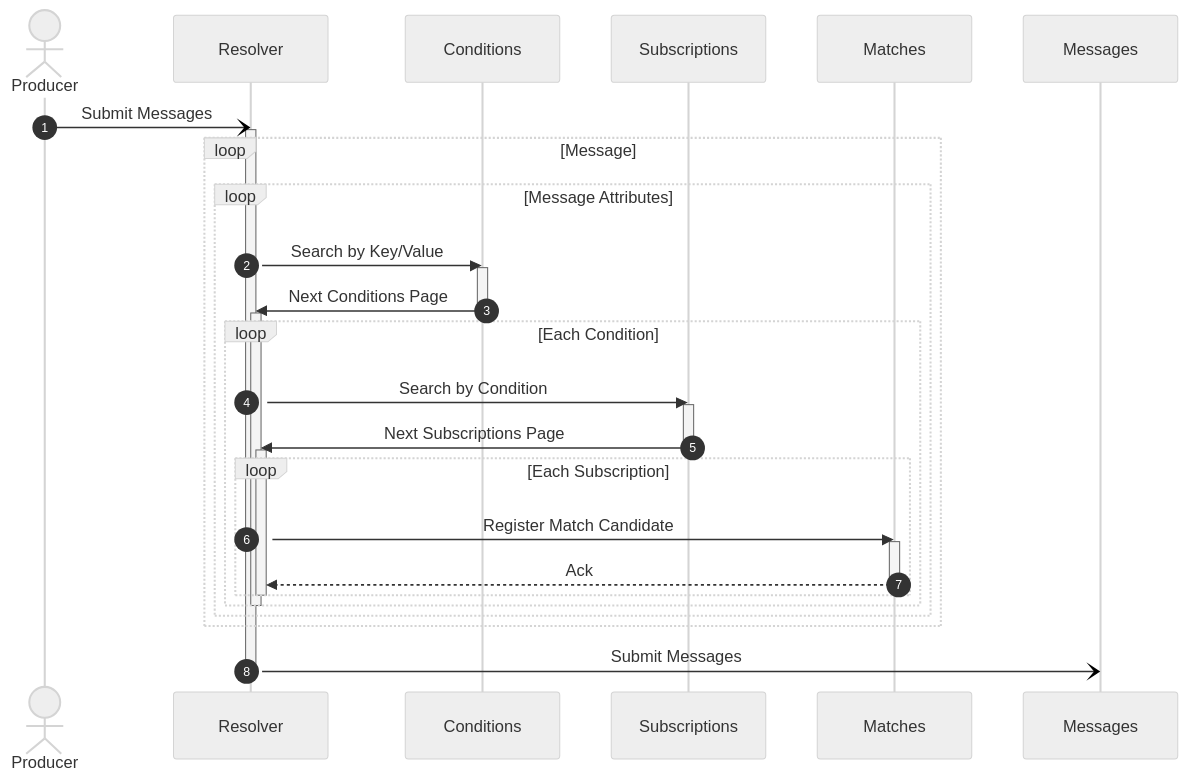
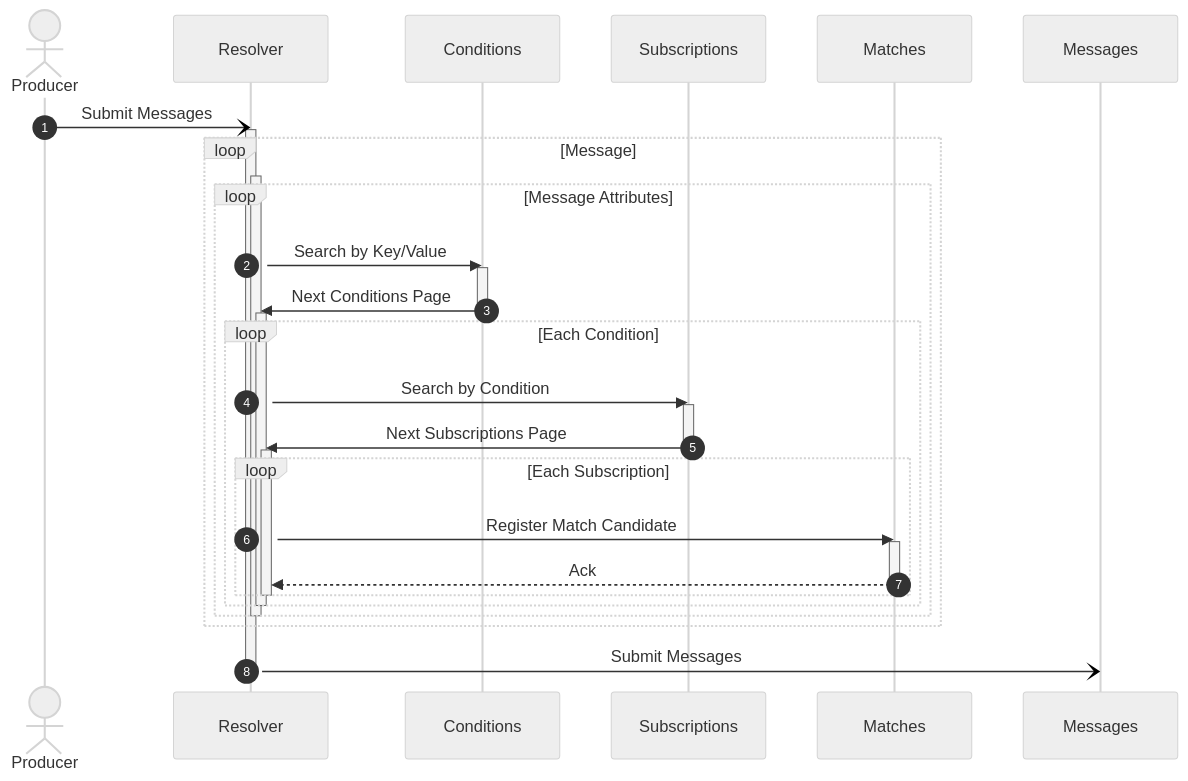
Before and after one commit to awakari/.github: the first of 2 diagrams in profile/README.md, drawn with Mermaid. The commit also changed other lines of this file, not shown here.

````diff
--- a/profile/README.md
+++ b/profile/README.md
@@ -121,49 +121,52 @@
 ```mermaid
 %%{init: {'theme': 'neutral' } }%%
 sequenceDiagram
 
     autonumber
 
     actor Producer
     participant Resolver
     participant Conditions
     participant Subscriptions
     participant Matches
     participant Messages
 
     Producer-)Resolver: Submit Messages
     activate Resolver
     
     loop Message
+    
+        activate Resolver
         loop Message Attributes
         
             Resolver->>Conditions: Search by Key/Value
             activate Conditions
             Conditions->>Resolver: Next Conditions Page
             deactivate Conditions
             
             activate Resolver
             loop Each Condition
                 
                 Resolver->>Subscriptions: Search by Condition
                 activate Subscriptions
                 Subscriptions->>Resolver: Next Subscriptions Page
                 deactivate Subscriptions
                 
                 activate Resolver
                 loop Each Subscription
                     Resolver->>Matches: Register Match Candidate
                     activate Matches
                     Matches-->>Resolver: Ack
                     deactivate Matches
                 end
                 deactivate Resolver
                 
             end
             deactivate Resolver
         end
+        deactivate Resolver
     end
         
     Resolver-)Messages: Submit Messages
     deactivate Resolver
 ```
````
